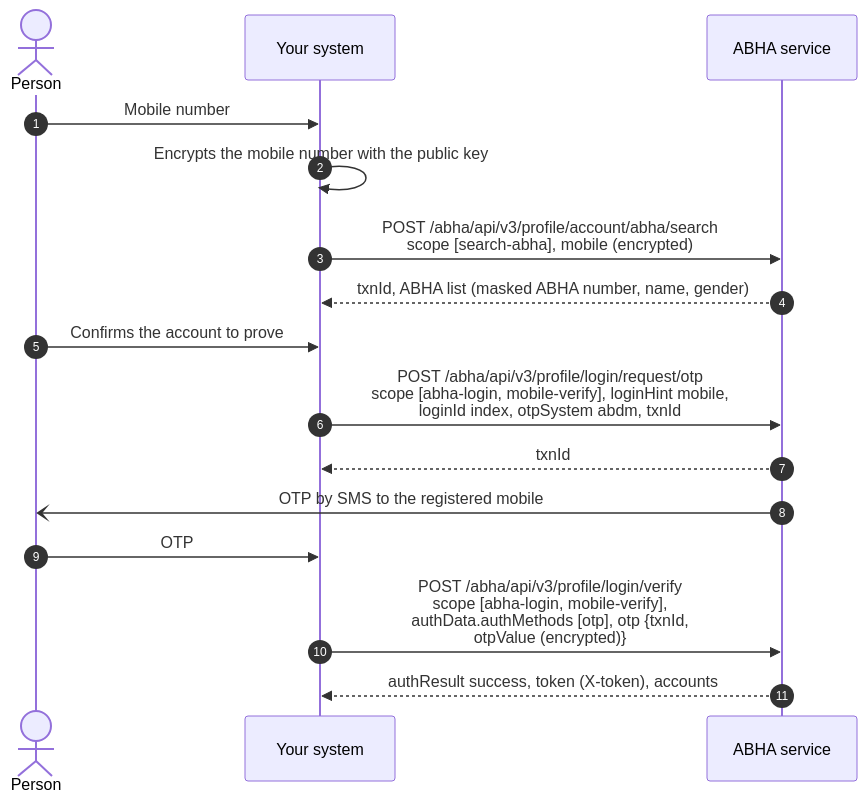
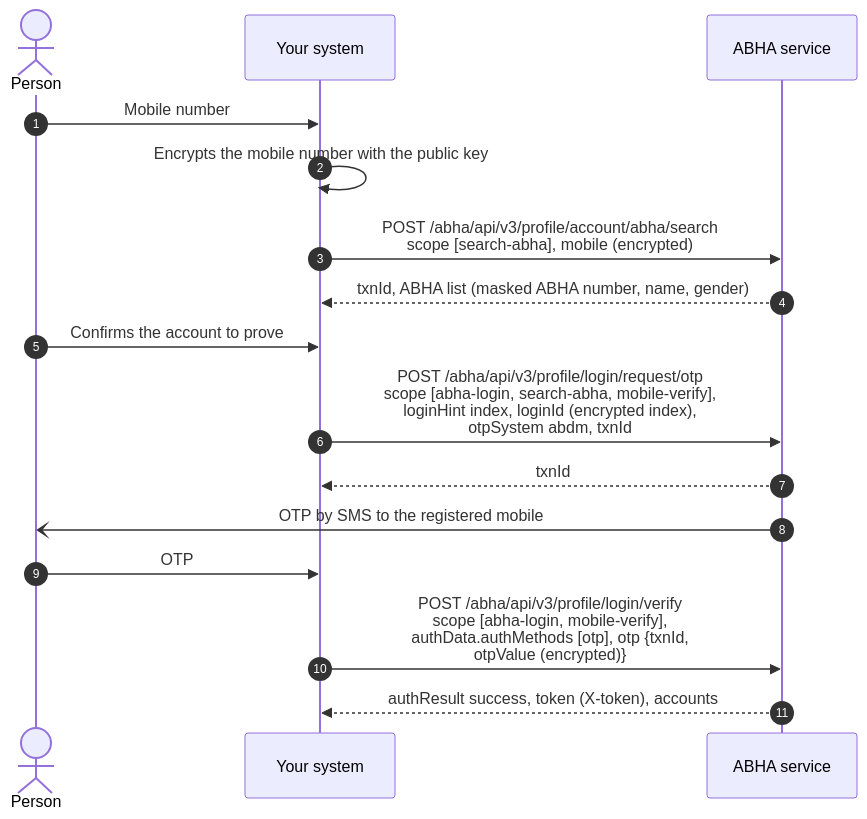
One commit to nha-in/docs changed the fifth of 6 diagrams in site/docs/hiecm/v3/milestones/m1.mdx. Above: the diagram before and after it, drawn with Mermaid. The commit also changed other lines of this file and 30 other files, not shown here.

````diff
--- a/site/docs/hiecm/v3/milestones/m1.mdx
+++ b/site/docs/hiecm/v3/milestones/m1.mdx
@@ -277,18 +279,18 @@
 ```mermaid
 sequenceDiagram
     autonumber
     actor P as Person
     participant S as Your system
     participant A as ABHA service
     P->>S: Mobile number
     S->>S: Encrypts the mobile number with the public key
     S->>A: POST /abha/api/v3/profile/account/abha/search<br/>scope [search-abha], mobile (encrypted)
     A-->>S: txnId, ABHA list (masked ABHA number, name, gender)
     P->>S: Confirms the account to prove
-    S->>A: POST /abha/api/v3/profile/login/request/otp<br/>scope [abha-login, mobile-verify], loginHint mobile,<br/>loginId index, otpSystem abdm, txnId
+    S->>A: POST /abha/api/v3/profile/login/request/otp<br/>scope [abha-login, search-abha, mobile-verify],<br/>loginHint index, loginId (encrypted index),<br/>otpSystem abdm, txnId
     A-->>S: txnId
     A-)P: OTP by SMS to the registered mobile
     P->>S: OTP
     S->>A: POST /abha/api/v3/profile/login/verify<br/>scope [abha-login, mobile-verify],<br/>authData.authMethods [otp], otp {txnId,<br/>otpValue (encrypted)}
     A-->>S: authResult success, token (X-token), accounts
 ```
````
